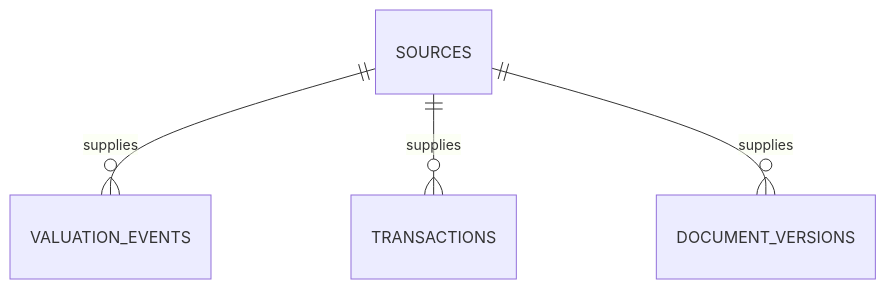
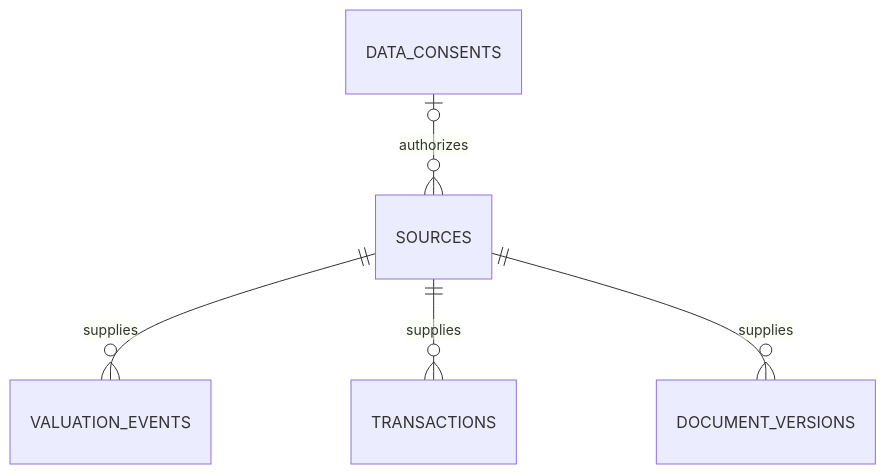
One commit to Yatish84/vittavaan changed diagram 16 of 51 in docs/v3/03_System_Design/03_Database_Design.md. Above: the diagram before and after it, drawn with Mermaid. The commit also changed other lines of this file and 93 other files, not shown here.

````diff
--- a/docs/v3/03_System_Design/03_Database_Design.md
+++ b/docs/v3/03_System_Design/03_Database_Design.md
@@ -402,6 +438,7 @@
 ```mermaid
 erDiagram
     SOURCES ||--o{ VALUATION_EVENTS : supplies
     SOURCES ||--o{ TRANSACTIONS : supplies
     SOURCES ||--o{ DOCUMENT_VERSIONS : supplies
+    DATA_CONSENTS o|--o{ SOURCES : authorizes
 ```
````
